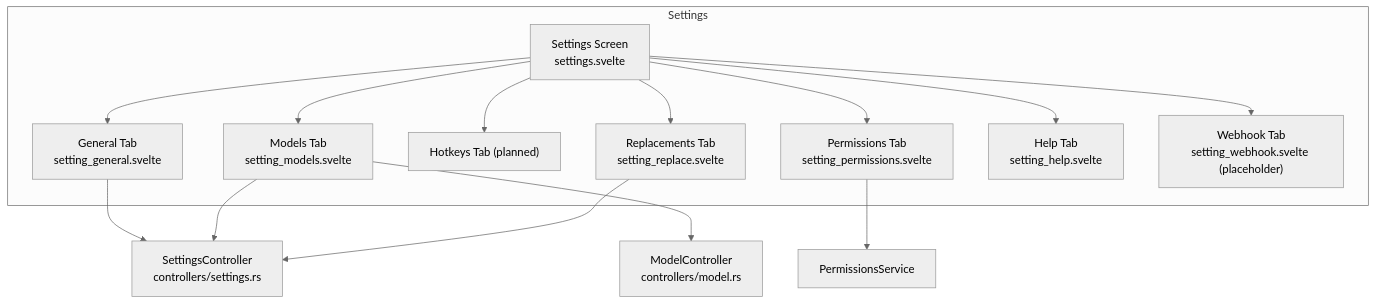
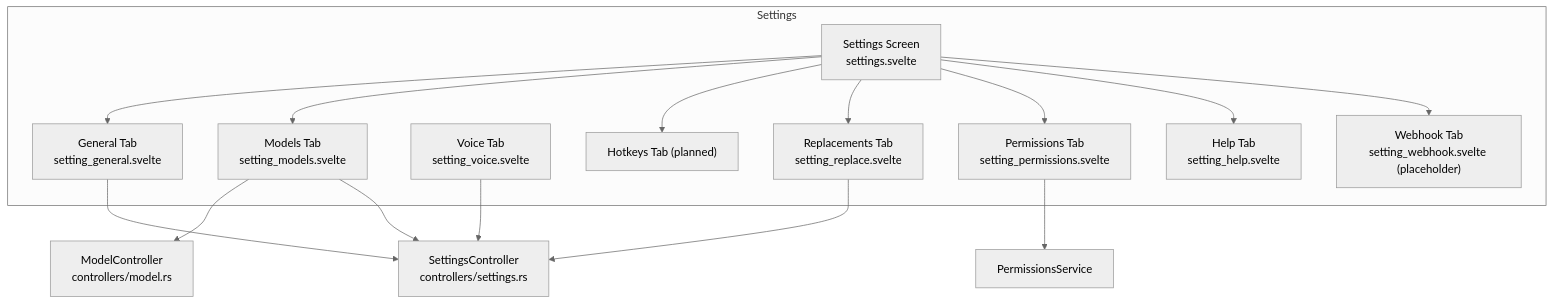
Before and after one commit to Lenniott/scribeFloat: diagram 12 of 12 in docs/architecture.md, drawn with Mermaid (neutral theme). The commit also changed 9 other files, not shown here.

First line of the commit message:
feat(voice-learning): voice-learning preference settings and IPC

````diff
--- a/docs/architecture.md
+++ b/docs/architecture.md
@@ -620,30 +620,32 @@
 ```mermaid
 graph TB
     subgraph settings["Settings"]
         panel["Settings Screen\nsettings.svelte"]
         general["General Tab\nsetting_general.svelte"]
         models["Models Tab\nsetting_models.svelte"]
+        voice["Voice Tab\nsetting_voice.svelte"]
         hotkeys["Hotkeys Tab (planned)"]
         replacements["Replacements Tab\nsetting_replace.svelte"]
         permissions["Permissions Tab\nsetting_permissions.svelte"]
         help["Help Tab\nsetting_help.svelte"]
         webhook["Webhook Tab\nsetting_webhook.svelte (placeholder)"]
     end
 
     ctrl_settings["SettingsController\ncontrollers/settings.rs"]
     ctrl_model["ModelController\ncontrollers/model.rs"]
     svc_permissions["PermissionsService"]
 
     panel --> general
     panel --> models
     panel --> hotkeys
     panel --> replacements
     panel --> permissions
     panel --> help
     panel --> webhook
     general --> ctrl_settings
     models --> ctrl_model
     models --> ctrl_settings
+    voice --> ctrl_settings
     replacements --> ctrl_settings
     permissions --> svc_permissions
 ```
````
